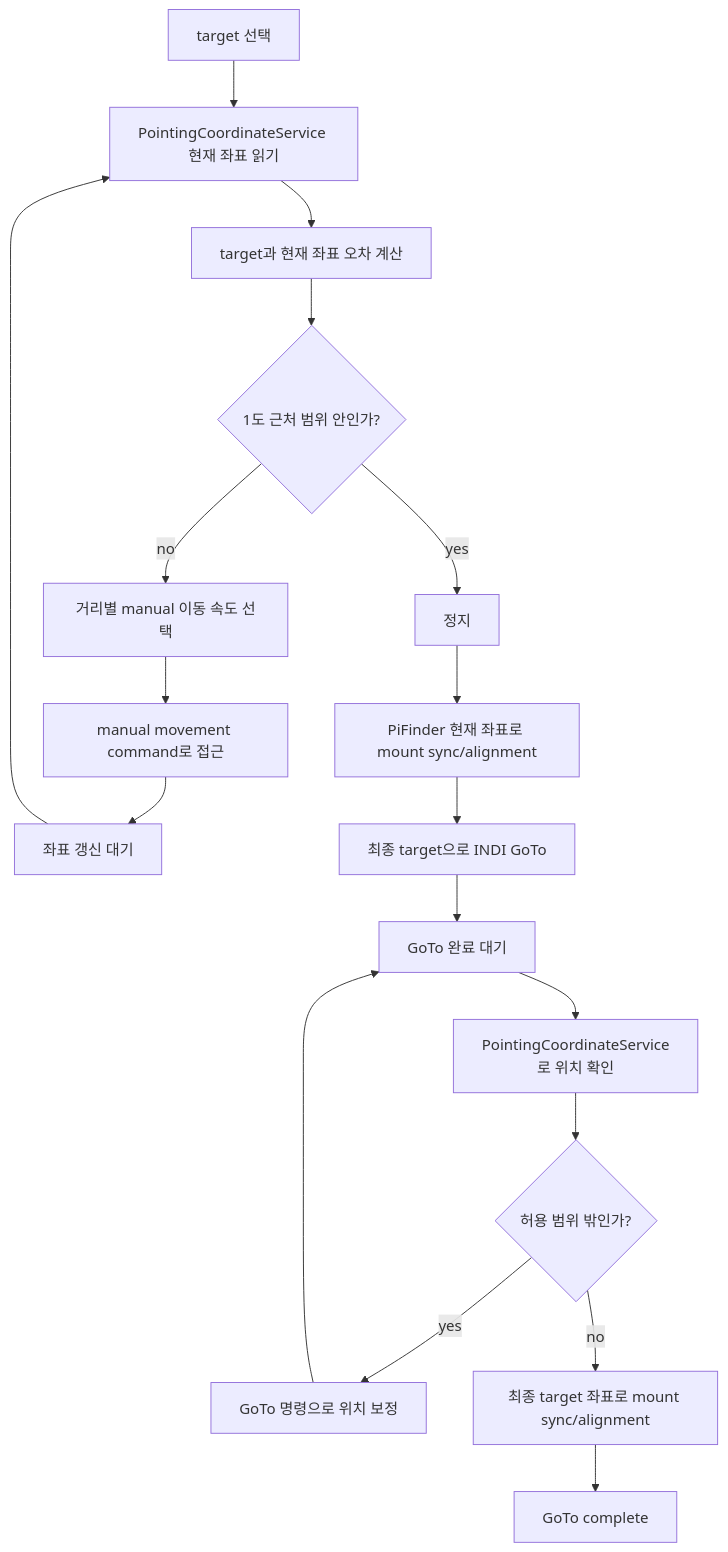
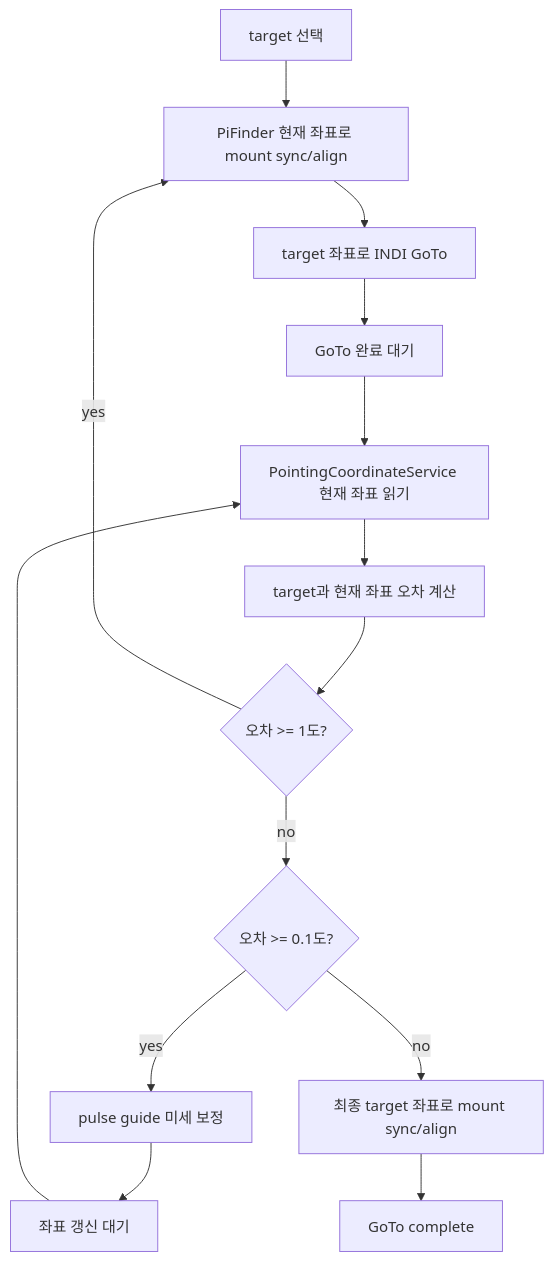
One commit to hjoungjoo/MF_PiFinder changed the second of 5 diagrams in docs/mf_indi_goto_guide_plan_ko.md. Above: the diagram before and after it, drawn with Mermaid. The commit also changed other lines of this file and 17 other files, not shown here.

First line of the commit message:
feat(indi): PiFinder GoTo sync+GoTo loop, manual re-target, real pulse guide

````diff
--- a/docs/mf_indi_goto_guide_plan_ko.md
+++ b/docs/mf_indi_goto_guide_plan_ko.md
@@ -346,20 +367,16 @@
 ```mermaid
 flowchart TD
-    A[target 선택] --> B[PointingCoordinateService 현재 좌표 읽기]
-    B --> C[target과 현재 좌표 오차 계산]
-    C --> D{1도 근처 범위 안인가?}
-    D -->|no| E[거리별 manual 이동 속도 선택]
-    E --> F[manual movement command로 접근]
-    F --> G[좌표 갱신 대기]
-    G --> B
-    D -->|yes| H[정지]
-    H --> I[PiFinder 현재 좌표로 mount sync/alignment]
-    I --> J[최종 target으로 INDI GoTo]
-    J --> K[GoTo 완료 대기]
-    K --> L[PointingCoordinateService로 위치 확인]
-    L --> M{허용 범위 밖인가?}
-    M -->|yes| N[GoTo 명령으로 위치 보정]
-    N --> K
-    M -->|no| O[최종 target 좌표로 mount sync/alignment]
-    O --> P[GoTo complete]
+    A[target 선택] --> B[PiFinder 현재 좌표로 mount sync/align]
+    B --> C[target 좌표로 INDI GoTo]
+    C --> D[GoTo 완료 대기]
+    D --> E[PointingCoordinateService 현재 좌표 읽기]
+    E --> F[target과 현재 좌표 오차 계산]
+    F --> G{오차 >= 1도?}
+    G -->|yes| B
+    G -->|no| H{오차 >= 0.1도?}
+    H -->|yes| I[pulse guide 미세 보정]
+    I --> J[좌표 갱신 대기]
+    J --> E
+    H -->|no| K[최종 target 좌표로 mount sync/align]
+    K --> L[GoTo complete]
 ```
````
